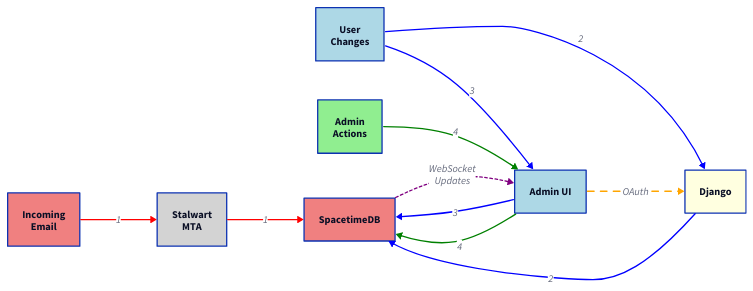
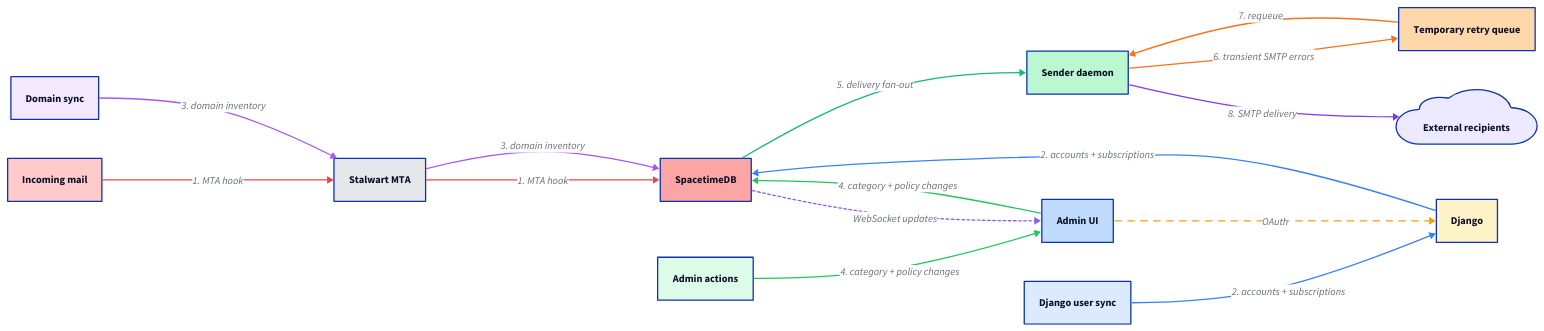
One commit to enaut/kommunikationszentrum changed the diagram in docs/src/core/architecture-data-flow.d2. Above: the diagram before and after it, drawn with D2. The commit also changed 14 other files, not shown here.

Commit message:
Rework docs: add Sender daemon and retry pipeline

```diff
--- a/docs/src/core/architecture-data-flow.d2
+++ b/docs/src/core/architecture-data-flow.d2
@@ -1,16 +1,25 @@
 direction: right
-incoming_email: "Incoming\nEmail" { style.fill: lightcoral }
-user_changes: "User\nChanges" { style.fill: lightblue }
-admin_actions: "Admin\nActions" { style.fill: lightgreen }
 
-stalwart_mta: "Stalwart\nMTA" { style.fill: lightgray }
-spacetimedb: "SpacetimeDB" { style.fill: lightcoral }
-admin_ui: "Admin UI" { style.fill: lightblue }
-django: "Django" { style.fill: lightyellow }
+incoming_email: "Incoming mail" { style.fill: "#fecaca" }
+user_sync: "Django user sync" { style.fill: "#dbeafe" }
+admin_actions: "Admin actions" { style.fill: "#dcfce7" }
+domain_sync: "Domain sync" { style.fill: "#f3e8ff" }
 
-incoming_email -> stalwart_mta -> spacetimedb: "1" { style.stroke: red }
-user_changes -> django -> spacetimedb: "2" { style.stroke: blue }
-user_changes -> admin_ui -> spacetimedb: "3" { style.stroke: blue}
-admin_actions -> admin_ui -> spacetimedb: "4" { style.stroke: green }
-admin_ui -> django: "OAuth" { style.stroke: orange; style.stroke-dash: 5 }
-spacetimedb -> admin_ui: "WebSocket\nUpdates" { style.stroke: purple; style.stroke-dash: 2 }
+stalwart_mta: "Stalwart MTA" { style.fill: "#e5e7eb" }
+spacetimedb: "SpacetimeDB" { style.fill: "#fca5a5" }
+admin_ui: "Admin UI" { style.fill: "#bfdbfe" }
+django: "Django" { style.fill: "#fef3c7" }
+sender: "Sender daemon" { style.fill: "#bbf7d0" }
+retry_queue: "Temporary retry queue" { style.fill: "#fed7aa" }
+external_recipients: "External recipients" { shape: cloud; style.fill: "#ede9fe" }
+
+incoming_email -> stalwart_mta -> spacetimedb: "1. MTA hook" { style.stroke: "#ef4444" }
+user_sync -> django -> spacetimedb: "2. accounts + subscriptions" { style.stroke: "#3b82f6" }
+domain_sync -> stalwart_mta -> spacetimedb: "3. domain inventory" { style.stroke: "#a855f7" }
+admin_actions -> admin_ui -> spacetimedb: "4. category + policy changes" { style.stroke: "#22c55e" }
+admin_ui -> django: "OAuth" { style.stroke: "#f59e0b"; style.stroke-dash: 5 }
+spacetimedb -> sender: "5. delivery fan-out" { style.stroke: "#10b981" }
+sender -> retry_queue: "6. transient SMTP errors" { style.stroke: "#f97316" }
+retry_queue -> sender: "7. requeue" { style.stroke: "#f97316" }
+sender -> external_recipients: "8. SMTP delivery" { style.stroke: "#7c3aed" }
+spacetimedb -> admin_ui: "WebSocket updates" { style.stroke: "#8b5cf6"; style.stroke-dash: 2 }
```
